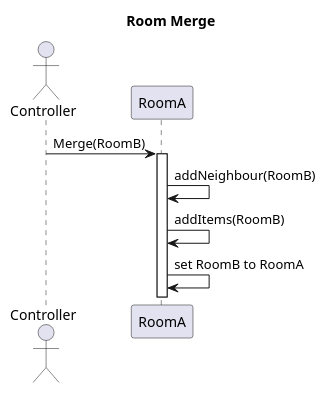
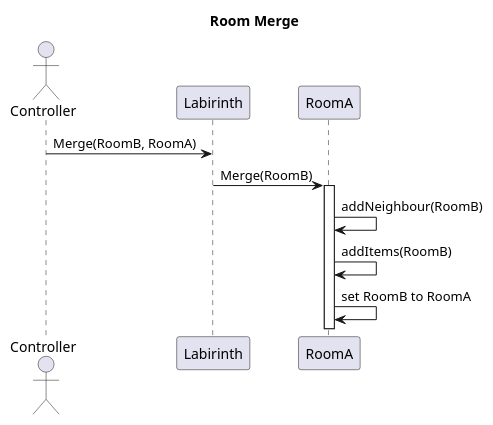
Before and after one commit to MBakter/echo: the diagram in docs/room_merge.plantuml, drawn with PlantUML.

Commit message:
labirith added

```diff
--- a/docs/room_merge.plantuml
+++ b/docs/room_merge.plantuml
@@ -1,12 +1,13 @@
 @startuml
 title Room Merge
 
 actor Controller
  
-    Controller -> RoomA : Merge(RoomB) 
+    Controller -> Labirinth  : Merge(RoomB, RoomA) 
+    Labirinth -> RoomA : Merge(RoomB) 
     activate RoomA
         RoomA -> RoomA : addNeighbour(RoomB)
         RoomA -> RoomA : addItems(RoomB)
         RoomA -> RoomA : set RoomB to RoomA
     /' deactivate RoomA '/
 @enduml
```
